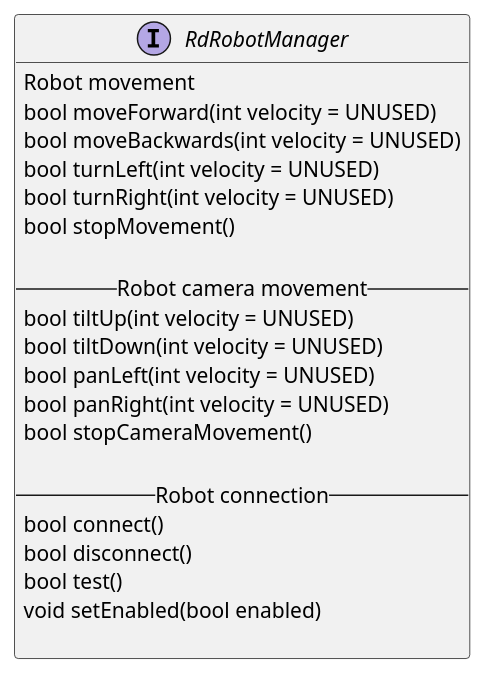
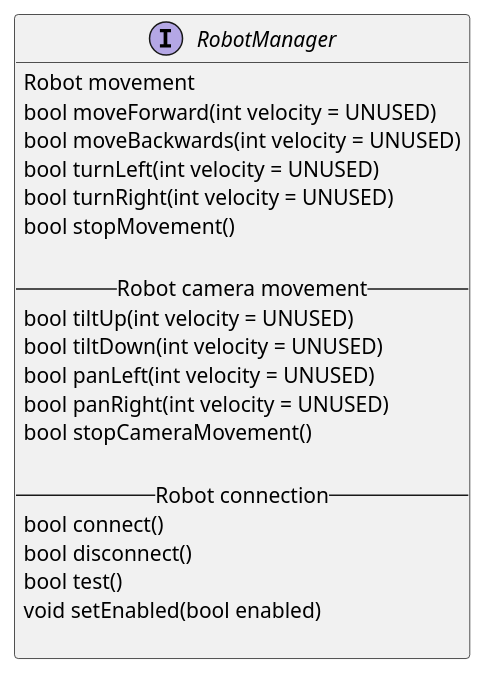
Before and after one commit to asrob-uc3m/robotDevastation-developer-manual: the second of 3 diagrams in en/robot-management.md, drawn with PlantUML. The commit also changed other lines of this file and 9 other files, not shown here.

```diff
--- a/en/robot-management.md
+++ b/en/robot-management.md
@@ -26,24 +26,24 @@
 {% plantuml %}
-interface RdRobotManager {
+interface RobotManager {
 --Robot movement  --    
 bool moveForward(int velocity = UNUSED)
 bool moveBackwards(int velocity = UNUSED)
 bool turnLeft(int velocity = UNUSED)
 bool turnRight(int velocity = UNUSED)
 bool stopMovement()
 
 --Robot camera movement --
 bool tiltUp(int velocity = UNUSED)
 bool tiltDown(int velocity = UNUSED)
 bool panLeft(int velocity = UNUSED)
 bool panRight(int velocity = UNUSED)
 bool stopCameraMovement()
 
 --Robot connection --
 bool connect()
 bool disconnect()
 bool test()
 void setEnabled(bool enabled)
 
 }
 {% endplantuml %}
```
